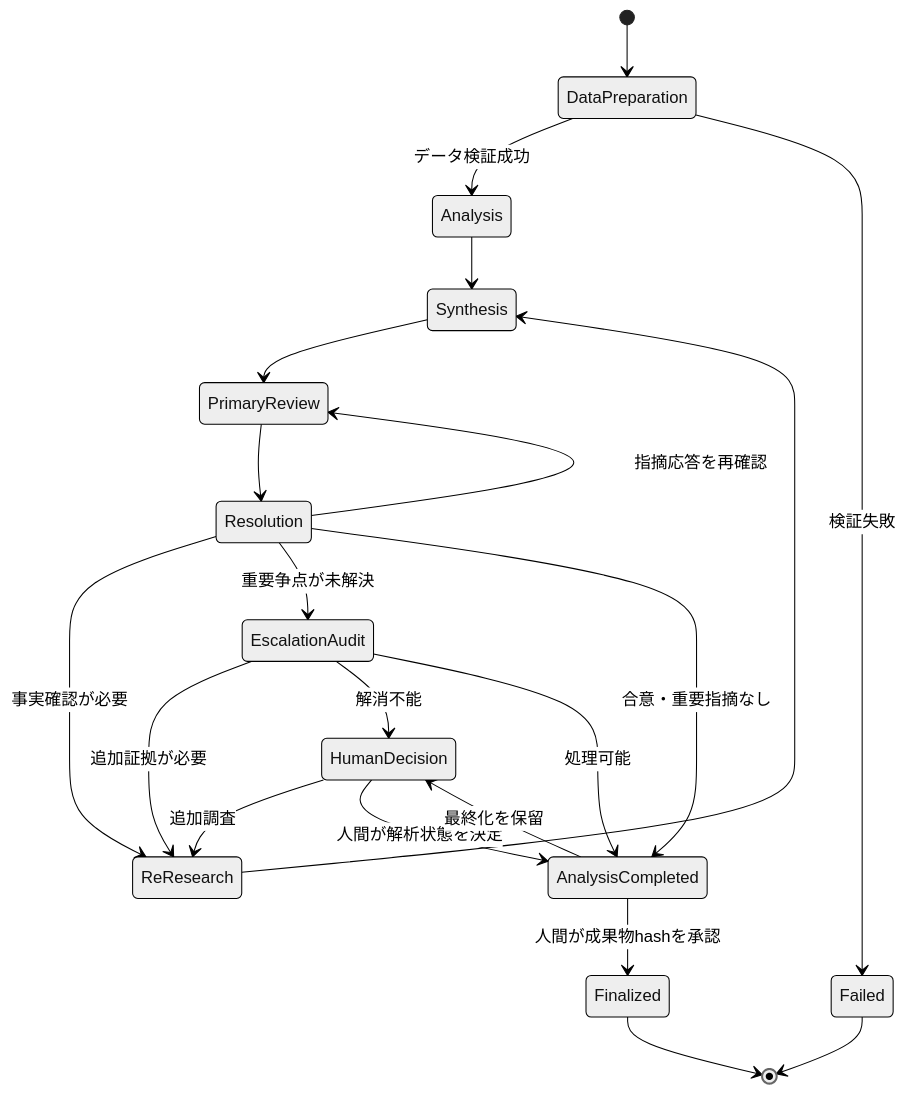
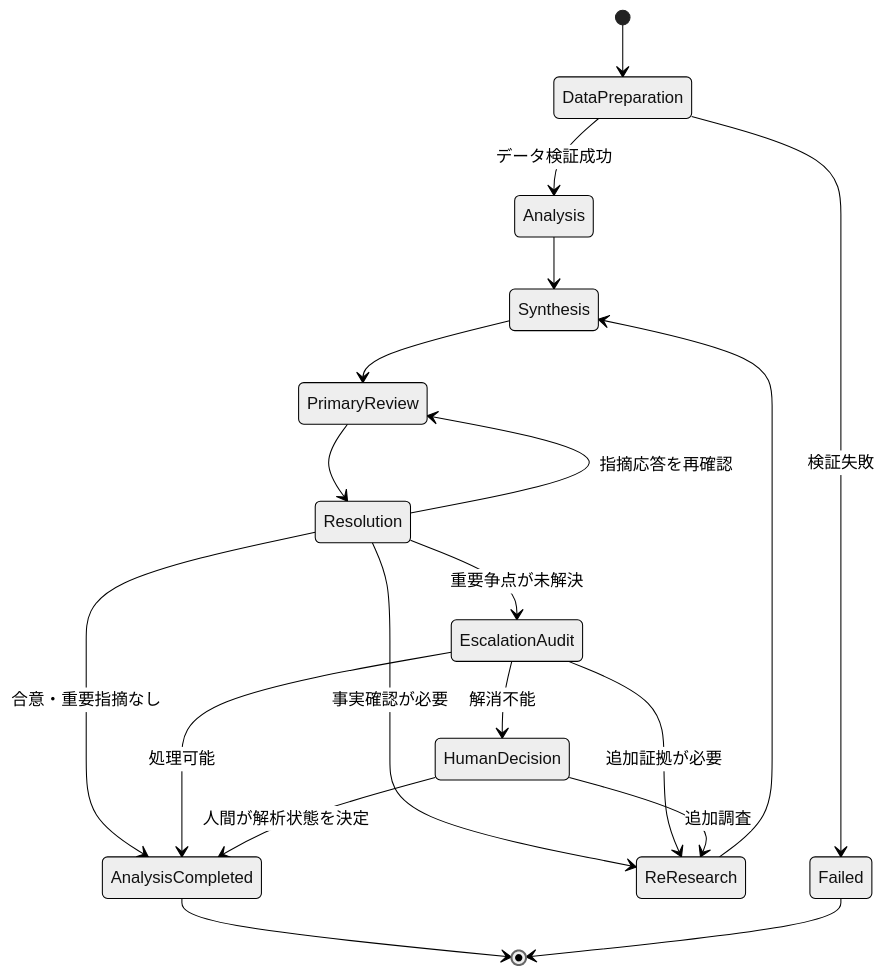
One commit to toike08D17012/system-trade-with-llm-orchestrator changed the fifth of 7 diagrams in docs/design/03-stock-research-system-architecture.md. Above: the diagram before and after it, drawn with Mermaid (neutral theme). The commit also changed other lines of this file and 10 other files, not shown here.

````diff
--- a/docs/design/03-stock-research-system-architecture.md
+++ b/docs/design/03-stock-research-system-architecture.md
@@ -917,23 +917,21 @@
 ```mermaid
 stateDiagram-v2
     [*] --> DataPreparation
     DataPreparation --> Analysis: データ検証成功
     DataPreparation --> Failed: 検証失敗
     Analysis --> Synthesis
     Synthesis --> PrimaryReview
     PrimaryReview --> Resolution
     Resolution --> PrimaryReview: 指摘応答を再確認
     Resolution --> ReResearch: 事実確認が必要
     ReResearch --> Synthesis
     Resolution --> EscalationAudit: 重要争点が未解決
     Resolution --> AnalysisCompleted: 合意・重要指摘なし
     EscalationAudit --> ReResearch: 追加証拠が必要
     EscalationAudit --> HumanDecision: 解消不能
     EscalationAudit --> AnalysisCompleted: 処理可能
     HumanDecision --> ReResearch: 追加調査
     HumanDecision --> AnalysisCompleted: 人間が解析状態を決定
-    AnalysisCompleted --> Finalized: 人間が成果物hashを承認
-    AnalysisCompleted --> HumanDecision: 最終化を保留
-    Finalized --> [*]
+    AnalysisCompleted --> [*]
     Failed --> [*]
 ```
````
